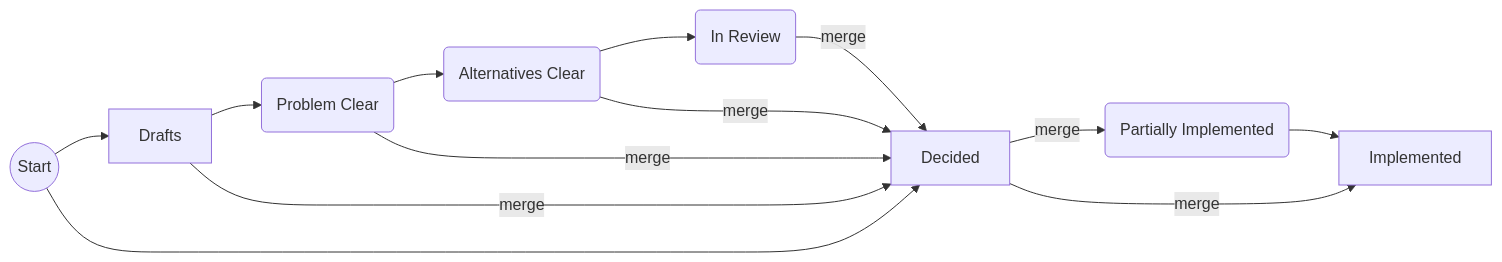
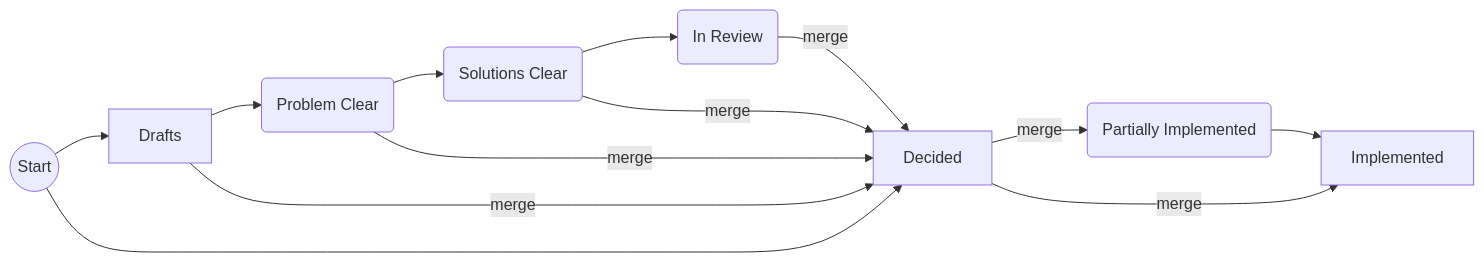
The diagram in doc/decisions/STEPS.md (ElektraInitiative/libelektra), drawn with Mermaid before and after one commit. The commit also changed other lines of this file and 2 other files, not shown here.

Commit message:
decisions: alternatives -> solutions

````diff
--- a/doc/decisions/STEPS.md
+++ b/doc/decisions/STEPS.md
@@ -5,11 +5,11 @@
 ```mermaid
 flowchart LR
-  s((Start)) --> Drafts --> prob(Problem Clear) --> alt(Alternatives Clear) --> review(In Review) -- merge --> Decided
+  s((Start)) --> Drafts --> prob(Problem Clear) --> alt(Solutions Clear) --> review(In Review) -- merge --> Decided
     -- merge --> part(Partially Implemented) --> Implemented
   %% Shortcuts:
   s --> Decided
   Drafts -- merge --> Decided
   prob -- merge --> Decided
   alt -- merge --> Decided
   Decided -- merge --> Implemented
 ```
````
